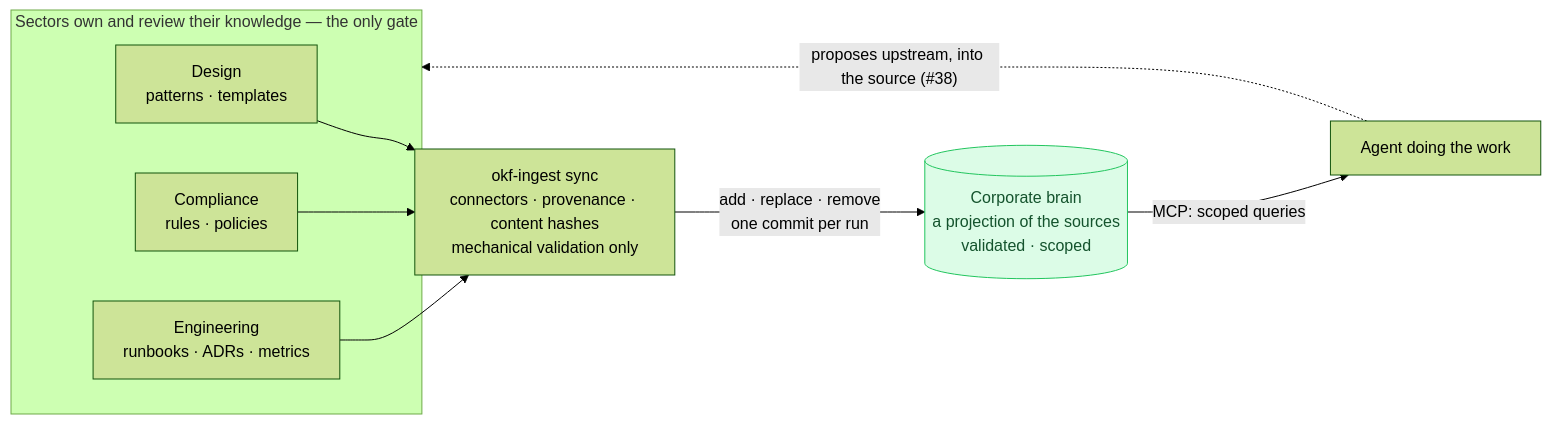
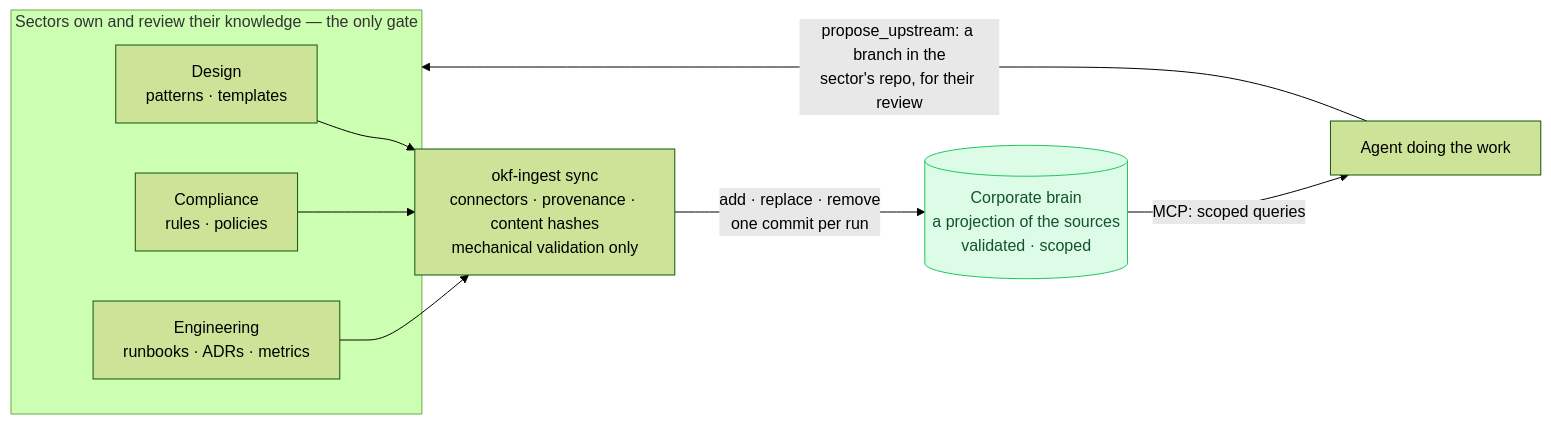
One commit to th-lange/okf-corporate-bundle changed the second of 2 diagrams in docs/inversion.md. Above: the diagram before and after it, drawn with Mermaid (forest theme). The commit also changed other lines of this file and 7 other files, not shown here.

````diff
--- a/docs/inversion.md
+++ b/docs/inversion.md
@@ -39,15 +39,15 @@
 ```mermaid
 flowchart LR
   subgraph SECTORS["Sectors own and review their knowledge — the only gate"]
     S1["Design<br/>patterns · templates"]
     S2["Compliance<br/>rules · policies"]
     S3["Engineering<br/>runbooks · ADRs · metrics"]
   end
   S1 --> SYNC
   S2 --> SYNC
   S3 --> SYNC
   SYNC["okf-ingest sync<br/>connectors · provenance · content hashes<br/>mechanical validation only"] -- "add · replace · remove<br/>one commit per run" --> BRAIN[("Corporate brain<br/>a projection of the sources<br/>validated · scoped")]
   BRAIN -- "MCP: scoped queries" --> AG["Agent doing the work"]
-  AG -. "proposes upstream, into the source (#38)" .-> SECTORS
+  AG -- "propose_upstream: a branch in the<br/>sector's repo, for their review" --> SECTORS
   style BRAIN fill:#dcfce7,stroke:#22c55e,color:#14532d
 ```
````
